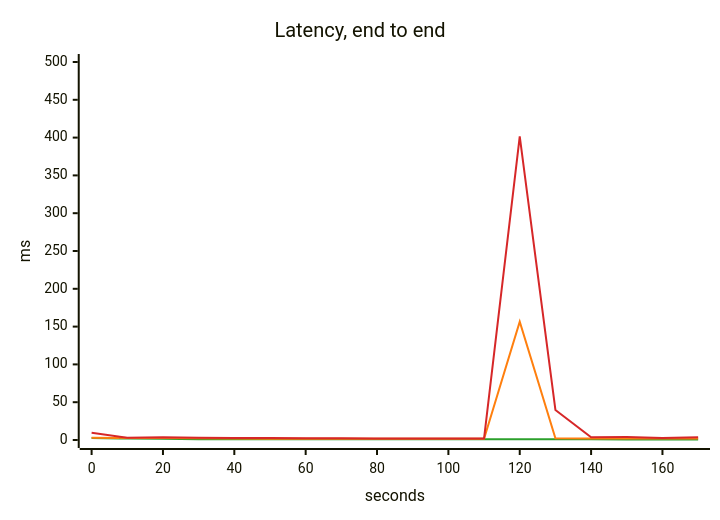
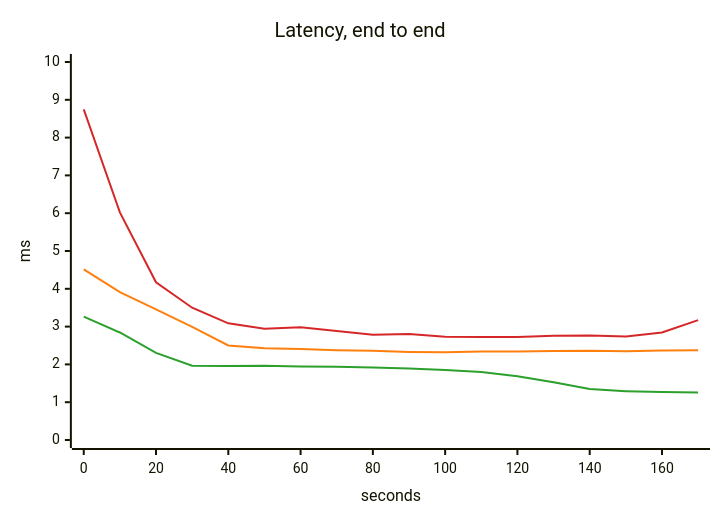
One commit to akinfemi/load-lore changed the third of 5 diagrams in scenarios/statement-day/solutions/more-memory/report.md. Above: the diagram before and after it, drawn with Mermaid. The commit also changed other lines of this file and 71 other files, not shown here.

````diff
--- a/scenarios/statement-day/solutions/more-memory/report.md
+++ b/scenarios/statement-day/solutions/more-memory/report.md
@@ -59,16 +56,16 @@
 ```mermaid
 ---
 config:
   themeVariables:
     xyChart:
       backgroundColor: "transparent"
       plotColorPalette: "#2ca02c, #ff7f0e, #d62728"
 ---
 xychart-beta
     title "Latency, end to end"
     x-axis "seconds" 0 --> 170
-    y-axis "ms" 0 --> 500
-    line [2.578, 1.963, 1.631, 1.014, 0.969, 0.971, 0.975, 0.974, 0.969, 0.971, 0.964, 0.952, 0.977, 0.983, 0.891, 0.812, 0.762, 0.737]
-    line [3.028, 2.748, 2.723, 2.263, 1.877, 1.674, 1.664, 1.724, 1.613, 1.644, 1.653, 1.726, 156.603, 2.405, 2.083, 2.058, 1.97, 1.997]
-    line [9.663, 2.99, 3.612, 2.907, 2.655, 2.484, 2.43, 2.384, 2.082, 2.078, 2.101, 2.14, 401.755, 39.716, 3.543, 4.051, 2.685, 3.789]
+    y-axis "ms" 0 --> 10
+    line [3.263, 2.845, 2.305, 1.964, 1.96, 1.963, 1.944, 1.935, 1.918, 1.889, 1.851, 1.801, 1.684, 1.53, 1.351, 1.291, 1.273, 1.258]
+    line [4.514, 3.91, 3.456, 2.991, 2.501, 2.429, 2.406, 2.375, 2.36, 2.33, 2.319, 2.344, 2.338, 2.353, 2.362, 2.347, 2.367, 2.372]
+    line [8.748, 6.022, 4.173, 3.5, 3.086, 2.946, 2.984, 2.883, 2.786, 2.806, 2.734, 2.722, 2.728, 2.758, 2.762, 2.738, 2.844, 3.172]
 ```
````
